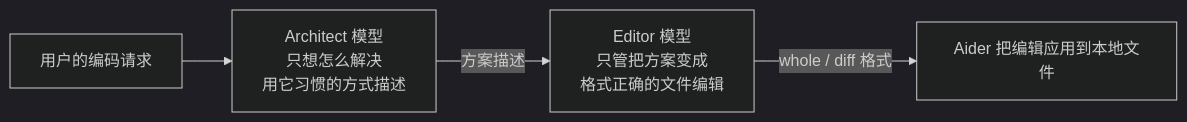
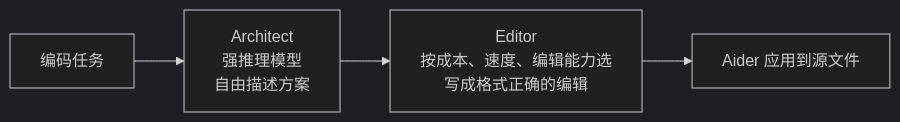
Before and after one commit to yzw7489757/ai-coding-videos: the diagram in docs/44-aider-architect-editor.md, drawn with Mermaid (dark theme). The commit also changed other lines of this file and 7 other files, not shown here.

````diff
--- a/docs/44-aider-architect-editor.md
+++ b/docs/44-aider-architect-editor.md
@@ -44,6 +56,6 @@
 ```mermaid
 flowchart LR
-    U["用户的编码请求"] --> A["Architect 模型<br/>只想怎么解决<br/>用它习惯的方式描述"]
-    A -- "方案描述" --> E["Editor 模型<br/>只管把方案变成<br/>格式正确的文件编辑"]
-    E -- "whole / diff 格式" --> F["Aider 把编辑应用到本地文件"]
+  T["编码任务"] --> A["Architect<br/>强推理模型<br/>自由描述方案"]
+  A --> E["Editor<br/>按成本、速度、编辑能力选<br/>写成格式正确的编辑"]
+  E --> F["Aider 应用到源文件"]
 ```
````
